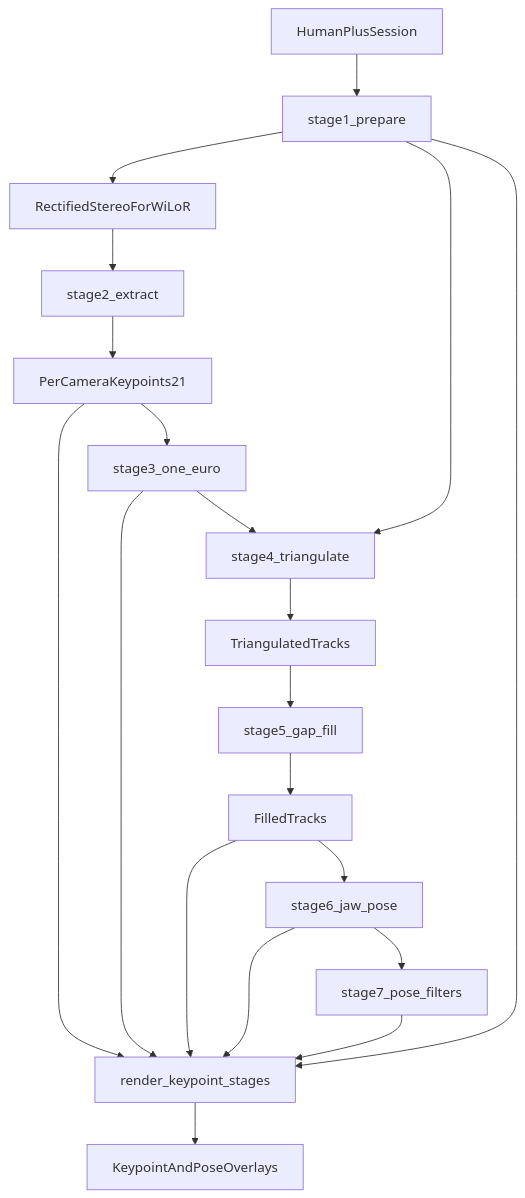
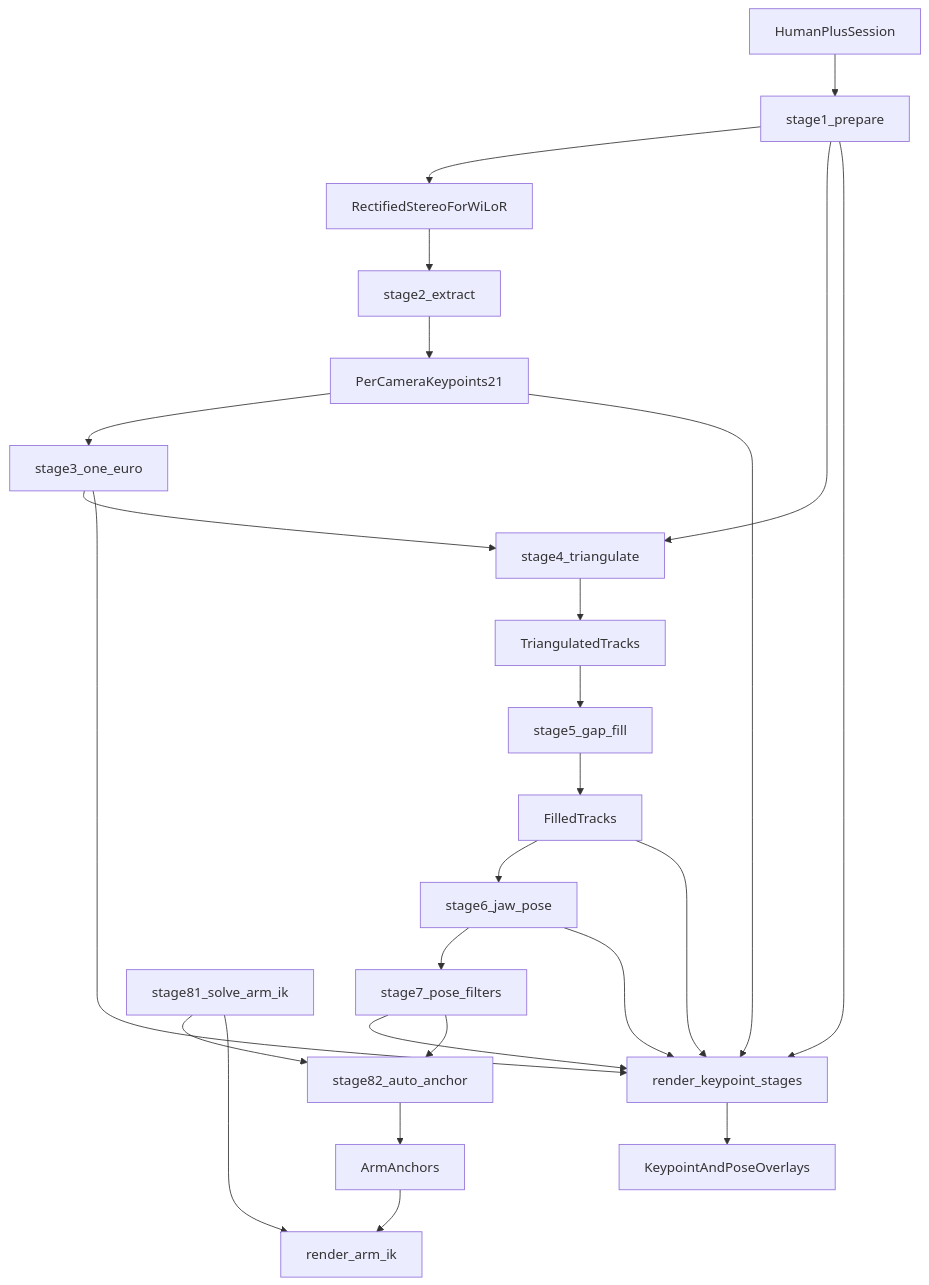
The diagram in 架构设计.md (Seraphaer/my_retargeting), drawn with Mermaid before and after one commit. The commit also changed other lines of this file and 62 other files, not shown here.

Commit message:
8_auto_anchor

````diff
--- a/架构设计.md
+++ b/架构设计.md
@@ -43,22 +49,27 @@
 ```mermaid
 flowchart TD
   session[HumanPlusSession] --> prepare[stage1_prepare]
   prepare --> wilorInput[RectifiedStereoForWiLoR]
   wilorInput --> extract[stage2_extract]
   extract --> keypoints[PerCameraKeypoints21]
   keypoints --> smooth[stage3_one_euro]
   smooth --> triangulate[stage4_triangulate]
   prepare --> triangulate
   triangulate --> tracks[TriangulatedTracks]
   tracks --> fill[stage5_gap_fill]
   fill --> filled[FilledTracks]
   filled --> gripper[stage6_jaw_pose]
   gripper --> filtered[stage7_pose_filters]
   keypoints --> render[render_keypoint_stages]
   smooth --> render
   filled --> render
   gripper --> render
   filtered --> render
+  filtered --> anchor[stage82_auto_anchor]
+  stage81[stage81_solve_arm_ik] --> anchor
+  anchor --> armBases[ArmAnchors]
+  armBases --> armRender[render_arm_ik]
+  stage81 --> armRender
   prepare --> render
   render --> overlay[KeypointAndPoseOverlays]
 ```
````
